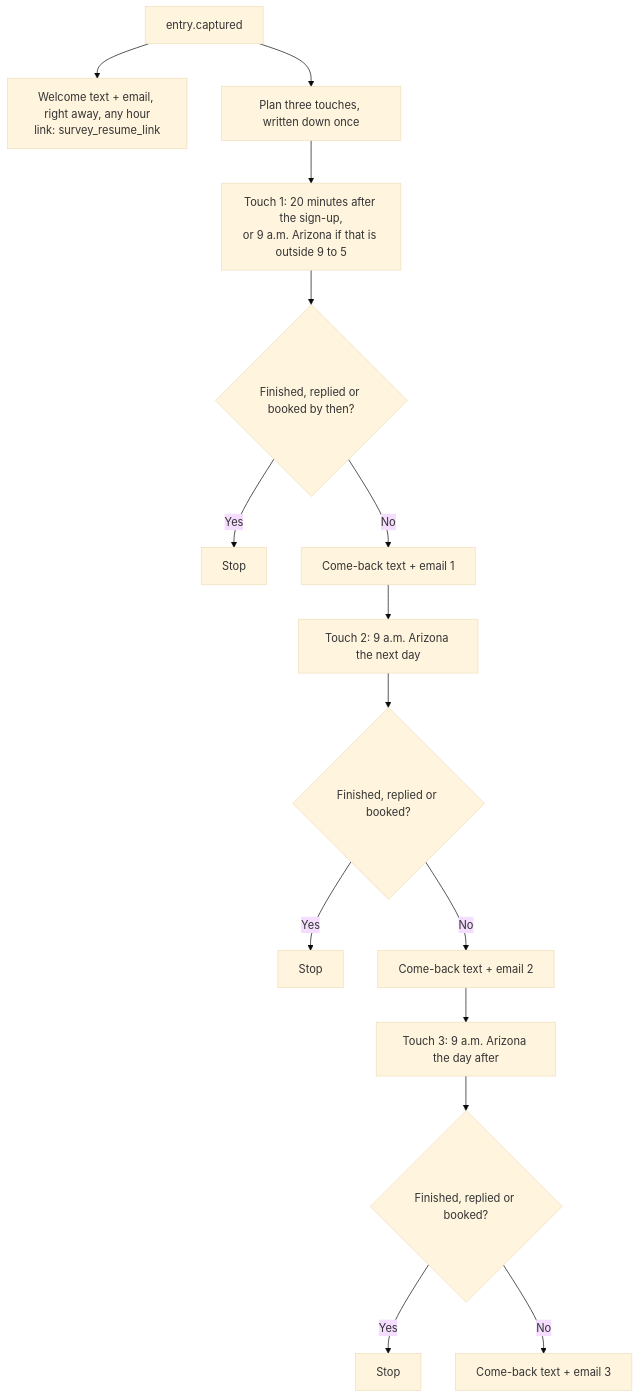
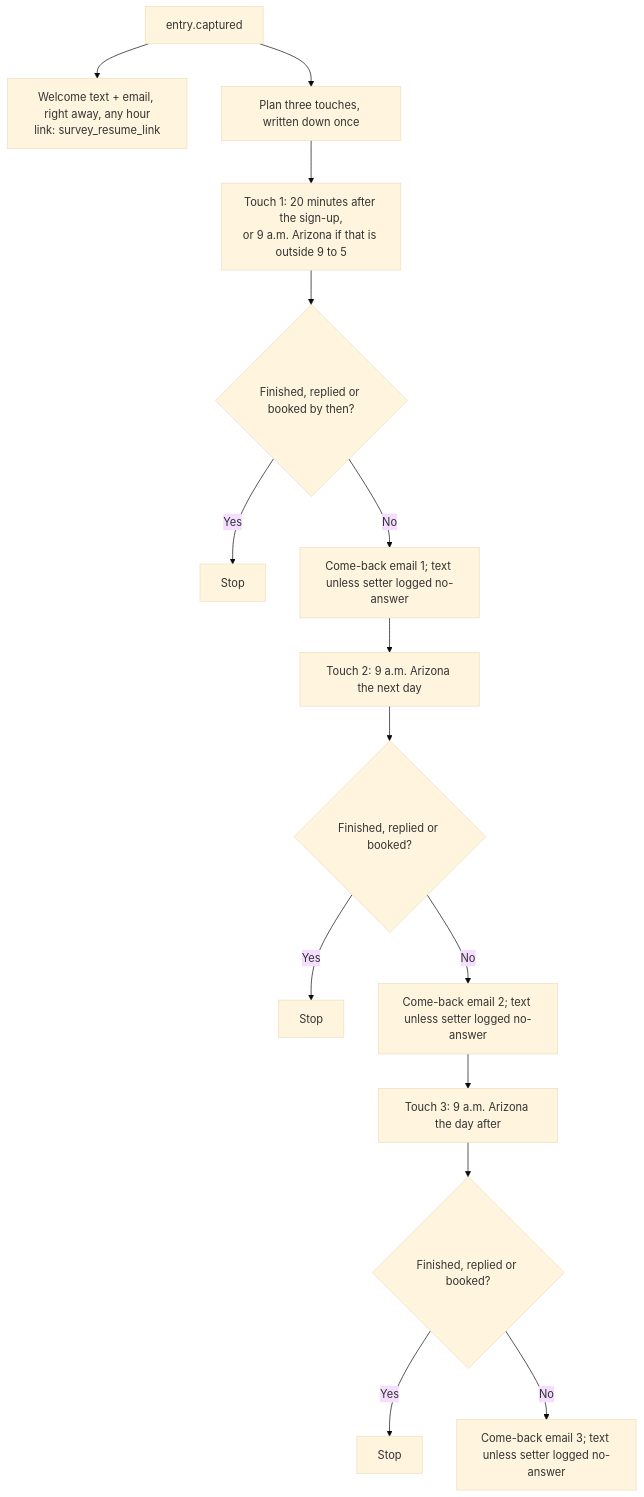
Before and after one commit to ZootimusMaximusSupreme/fundhub-platform: the fourth of 8 diagrams in docs/journeys/booking-notifications-flow.md, drawn with Mermaid (base theme). The commit also changed other lines of this file and 33 other files, not shown here.

````diff
--- a/docs/journeys/booking-notifications-flow.md
+++ b/docs/journeys/booking-notifications-flow.md
@@ -263,17 +268,17 @@
 ```mermaid
 flowchart TD
     E[entry.captured] --> W[Welcome text + email, right away, any hour<br/>link: survey_resume_link]
     E --> P[Plan three touches, written down once]
     P --> T1[Touch 1: 20 minutes after the sign-up,<br/>or 9 a.m. Arizona if that is outside 9 to 5]
     T1 --> K1{Finished, replied or booked by then?}
     K1 -->|Yes| X1[Stop]
-    K1 -->|No| M1[Come-back text + email 1]
+    K1 -->|No| M1[Come-back email 1; text unless setter logged no-answer]
     M1 --> T2[Touch 2: 9 a.m. Arizona the next day]
     T2 --> K2{Finished, replied or booked?}
     K2 -->|Yes| X2[Stop]
-    K2 -->|No| M2[Come-back text + email 2]
+    K2 -->|No| M2[Come-back email 2; text unless setter logged no-answer]
     M2 --> T3[Touch 3: 9 a.m. Arizona the day after]
     T3 --> K3{Finished, replied or booked?}
     K3 -->|Yes| X3[Stop]
-    K3 -->|No| M3[Come-back text + email 3]
+    K3 -->|No| M3[Come-back email 3; text unless setter logged no-answer]
 ```
````
